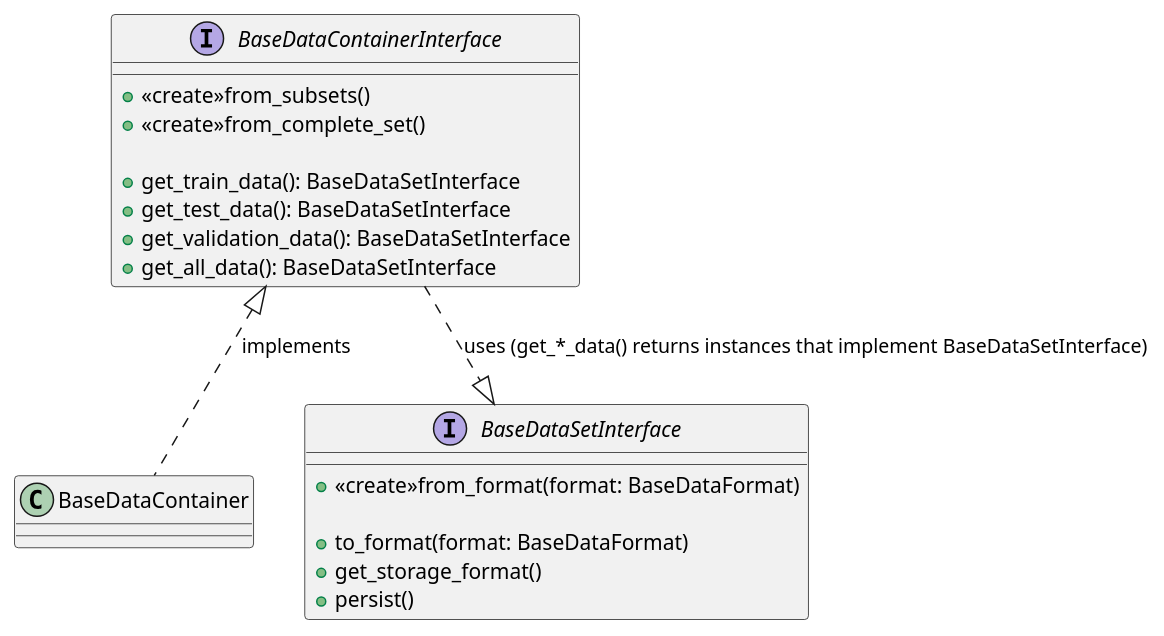
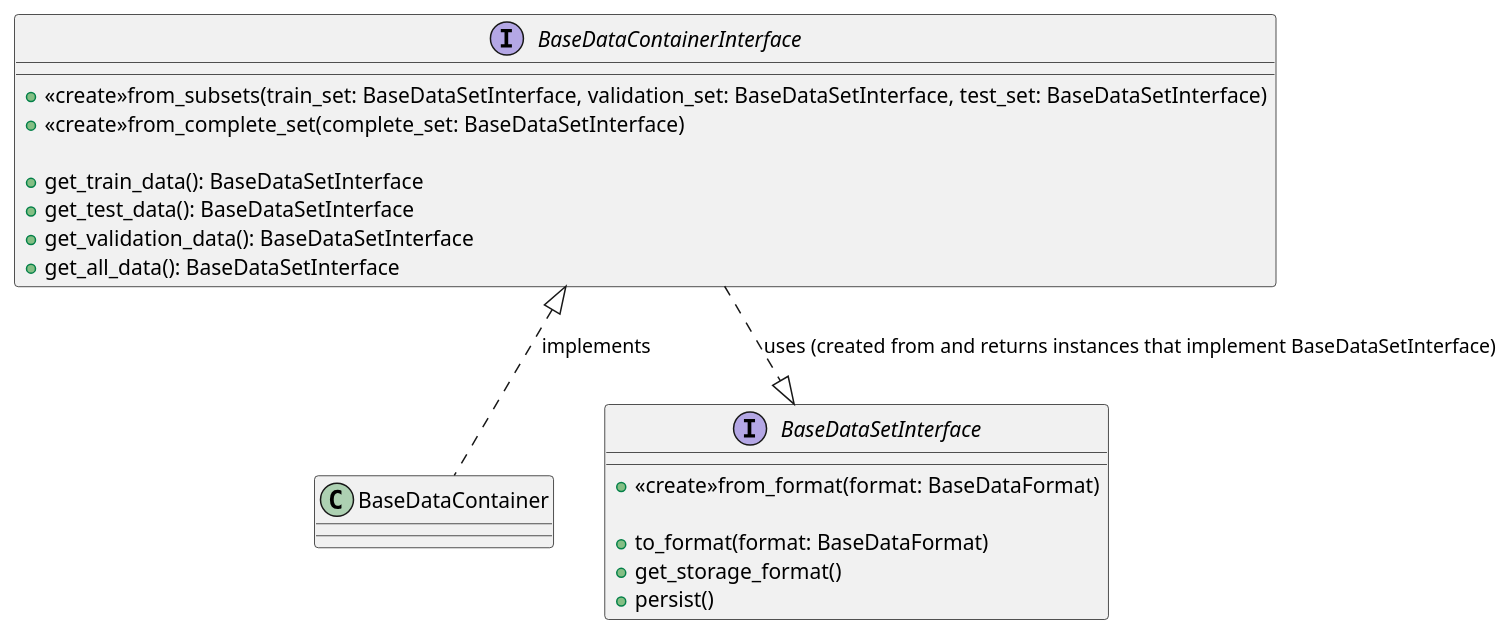
The diagram in docs/uml/data_container_interfaces.puml (tloeber/ML-interfaces), drawn with PlantUML before and after one commit. The commit also changed 14 other files, not shown here.

Commit message:
Move reader and writer from container to data*set*.

```diff
--- a/docs/uml/data_container_interfaces.puml
+++ b/docs/uml/data_container_interfaces.puml
@@ -1,27 +1,27 @@
 @startuml
 
 interface BaseDataContainerInterface {
-  +<<create>>from_subsets()
-  +<<create>>from_complete_set()
+  +<<create>>from_subsets(train_set: BaseDataSetInterface, validation_set: BaseDataSetInterface, test_set: BaseDataSetInterface)
+  +<<create>>from_complete_set(complete_set: BaseDataSetInterface)
 
   +get_train_data(): BaseDataSetInterface
   +get_test_data(): BaseDataSetInterface
   +get_validation_data(): BaseDataSetInterface
   +get_all_data(): BaseDataSetInterface
 }
 
 class BaseDataContainer
 BaseDataContainerInterface <|.. BaseDataContainer : implements
 
 interface BaseDataSetInterface{
   +<<create>>from_format(format: BaseDataFormat)
 
   +to_format(format: BaseDataFormat)
   +get_storage_format()
   +persist()
 }
 
 
-BaseDataContainerInterface ..|> BaseDataSetInterface: uses (get_*_data() returns instances that implement BaseDataSetInterface)
+BaseDataContainerInterface ..|> BaseDataSetInterface: uses (created from and returns instances that implement BaseDataSetInterface)
 
 @enduml
```
